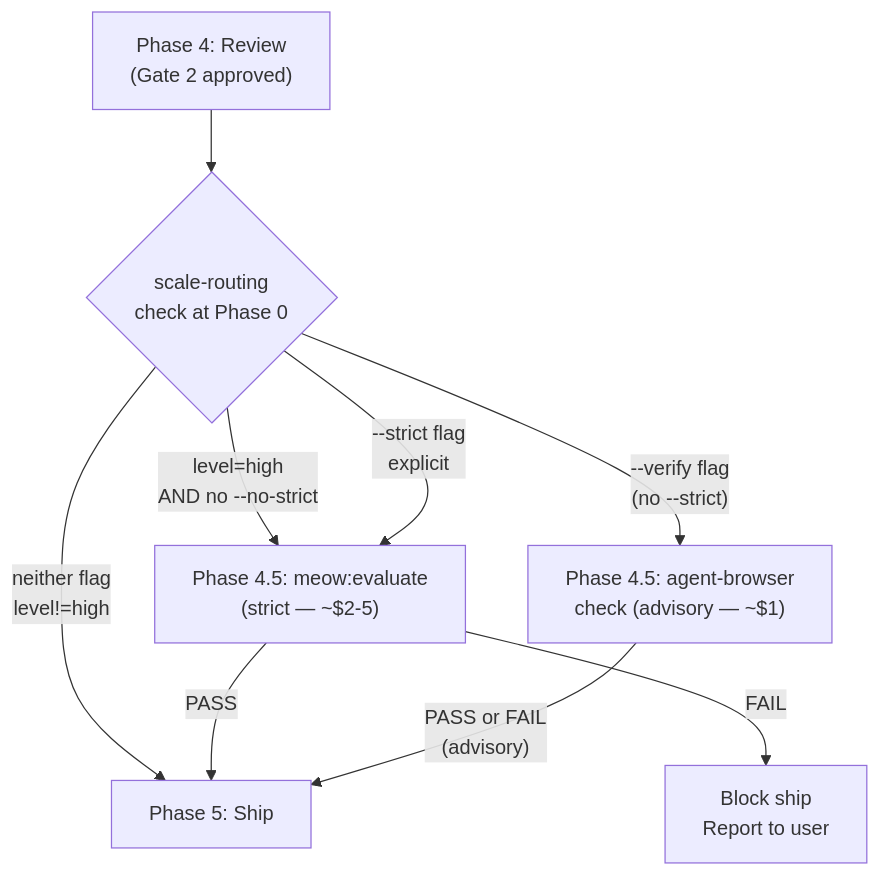
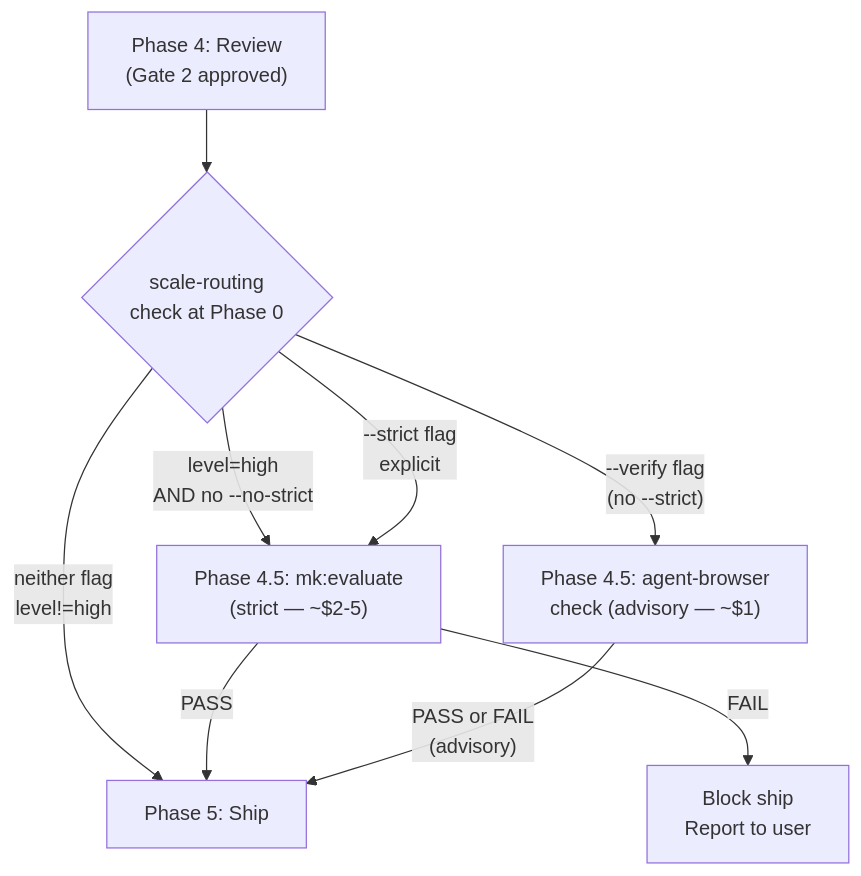
Before and after one commit to ngocsangyem/MeowKit: the second of 2 diagrams in website/guide/whats-new/v2.3.0.md, drawn with Mermaid. The commit also changed other lines of this file and 1235 other files, not shown here.

````diff
--- a/website/guide/whats-new/v2.3.0.md
+++ b/website/guide/whats-new/v2.3.0.md
@@ -87,11 +87,11 @@
 ```mermaid
 flowchart TD
     A["Phase 4: Review\n(Gate 2 approved)"] --> B{"scale-routing\ncheck at Phase 0"}
-    B --> |"level=high\nAND no --no-strict"| C["Phase 4.5: meow:evaluate\n(strict — ~$2-5)"]
+    B --> |"level=high\nAND no --no-strict"| C["Phase 4.5: mk:evaluate\n(strict — ~$2-5)"]
     B --> |"--strict flag\nexplicit"| C
     B --> |"--verify flag\n(no --strict)"| D["Phase 4.5: agent-browser\ncheck (advisory — ~$1)"]
     B --> |"neither flag\nlevel!=high"| E["Phase 5: Ship"]
     C --> |"PASS"| E
     C --> |"FAIL"| F["Block ship\nReport to user"]
     D --> |"PASS or FAIL\n(advisory)"| E
 ```
````
